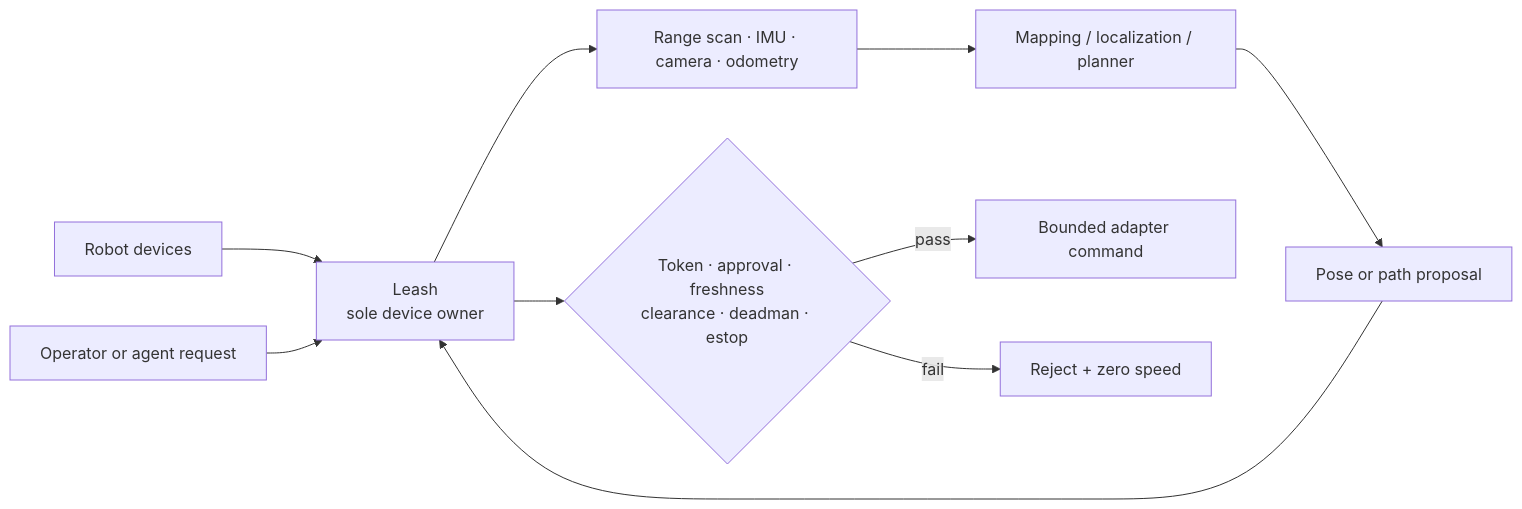
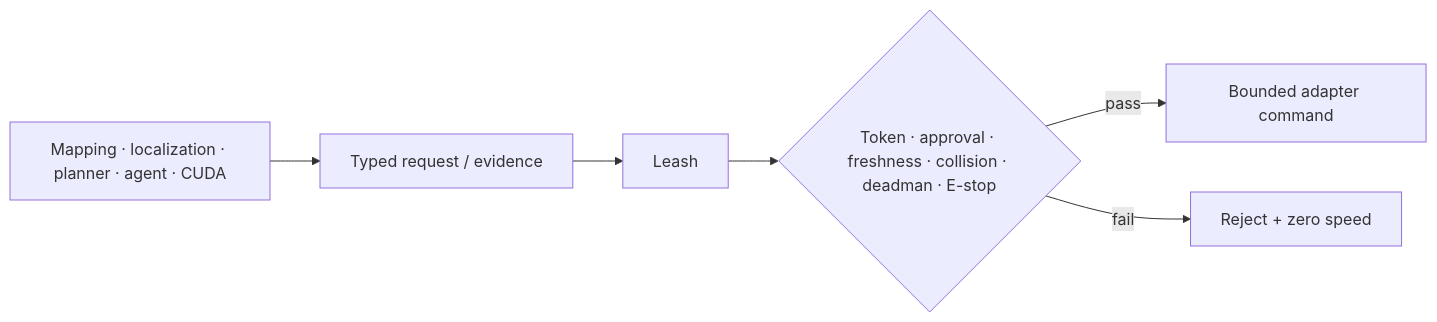
The second of 2 diagrams in README.md (specdog/leash), drawn with Mermaid before and after one commit. The commit also changed other lines of this file and 4 other files, not shown here.

````diff
--- a/README.md
+++ b/README.md
@@ -167,12 +119,8 @@
 ```mermaid
 flowchart LR
-  devices["Robot devices"] --> leash["Leash\nsole device owner"]
-  leash --> sensorContracts["Range scan · IMU · camera · odometry"]
-  sensorContracts --> provider["Mapping / localization / planner"]
-  provider --> proposal["Pose or path proposal"]
-  proposal --> leash
-  request["Operator or agent request"] --> leash
-  leash --> checks{"Token · approval · freshness\nclearance · deadman · estop"}
+  providers["Mapping · localization · planner · agent · CUDA"] --> proposal["Typed request / evidence"]
+  proposal --> leash["Leash"]
+  leash --> checks{"Token · approval · freshness · collision · deadman · E-stop"}
   checks -- pass --> motors["Bounded adapter command"]
   checks -- fail --> zero["Reject + zero speed"]
 ```
````
